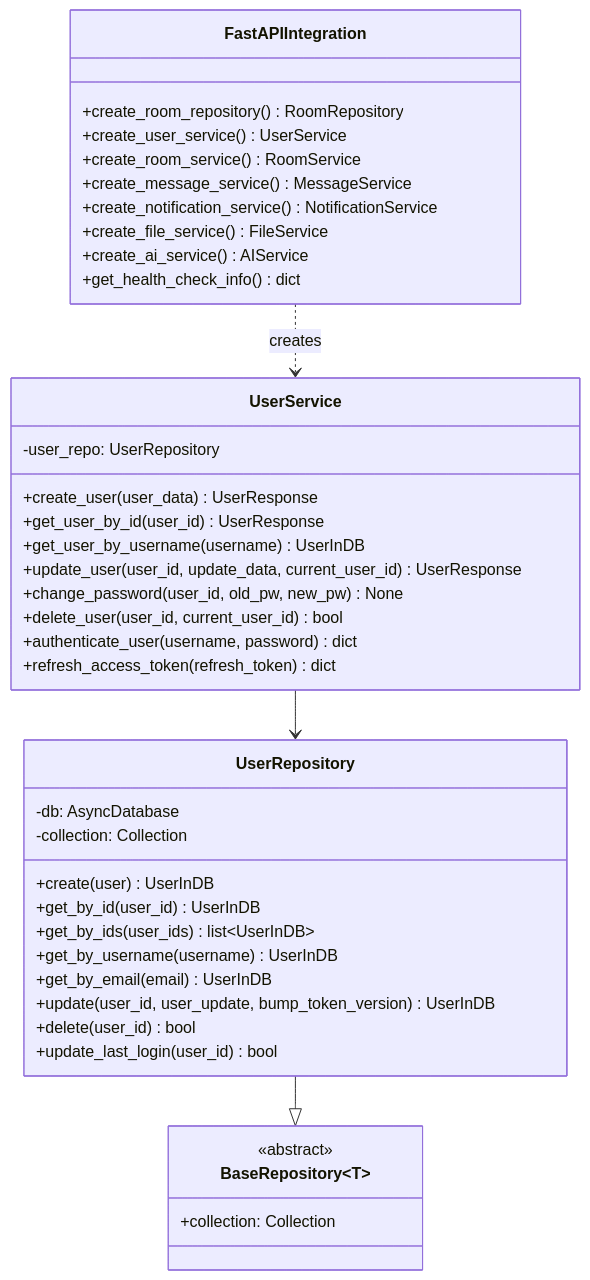
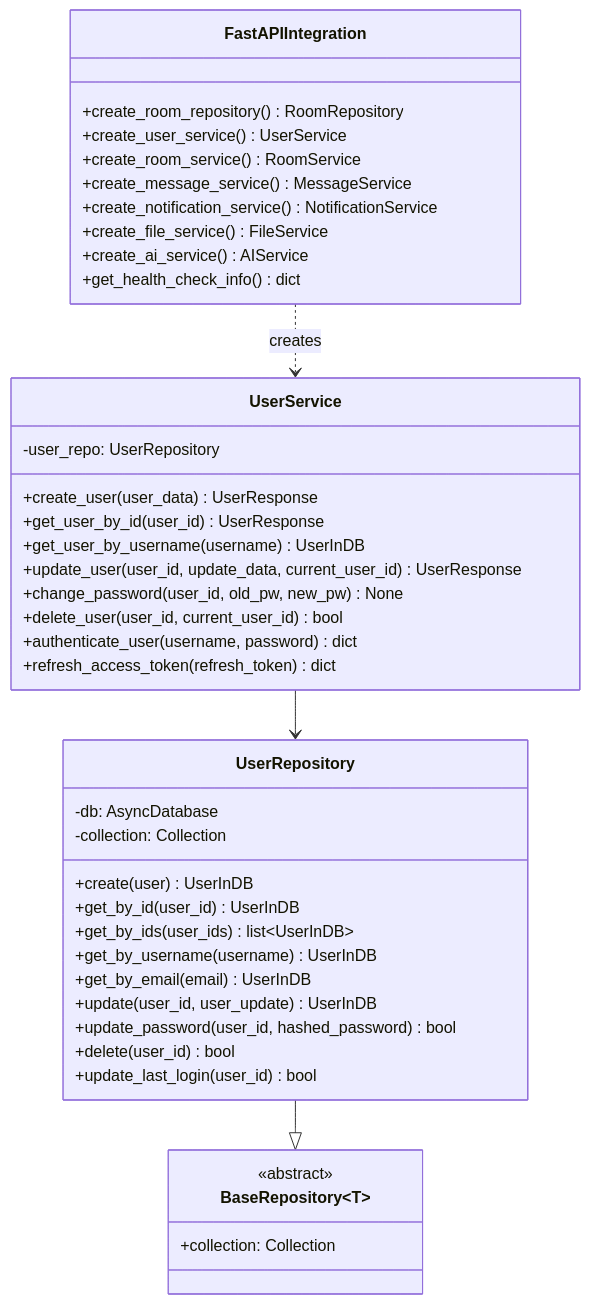
The eighth of 11 diagrams in docs/c4-architecture.md (twtrubiks/mongo-fastapi-svelte-chat), drawn with Mermaid before and after one commit. The commit also changed other lines of this file and 9 other files, not shown here.

````diff
--- a/docs/c4-architecture.md
+++ b/docs/c4-architecture.md
@@ -475,47 +475,48 @@
 ```mermaid
 classDiagram
     class FastAPIIntegration {
         +create_room_repository() RoomRepository
         +create_user_service() UserService
         +create_room_service() RoomService
         +create_message_service() MessageService
         +create_notification_service() NotificationService
         +create_file_service() FileService
         +create_ai_service() AIService
         +get_health_check_info() dict
     }
 
     class UserService {
         -user_repo: UserRepository
         +create_user(user_data) UserResponse
         +get_user_by_id(user_id) UserResponse
         +get_user_by_username(username) UserInDB
         +update_user(user_id, update_data, current_user_id) UserResponse
         +change_password(user_id, old_pw, new_pw) None
         +delete_user(user_id, current_user_id) bool
         +authenticate_user(username, password) dict
         +refresh_access_token(refresh_token) dict
     }
 
     class UserRepository {
         -db: AsyncDatabase
         -collection: Collection
         +create(user) UserInDB
         +get_by_id(user_id) UserInDB
         +get_by_ids(user_ids) list~UserInDB~
         +get_by_username(username) UserInDB
         +get_by_email(email) UserInDB
-        +update(user_id, user_update, bump_token_version) UserInDB
+        +update(user_id, user_update) UserInDB
+        +update_password(user_id, hashed_password) bool
         +delete(user_id) bool
         +update_last_login(user_id) bool
     }
 
     class BaseRepository~T~ {
         <<abstract>>
         +collection: Collection
     }
 
     FastAPIIntegration ..> UserService : creates
     UserService --> UserRepository
     UserRepository --|> BaseRepository
 ```
````
